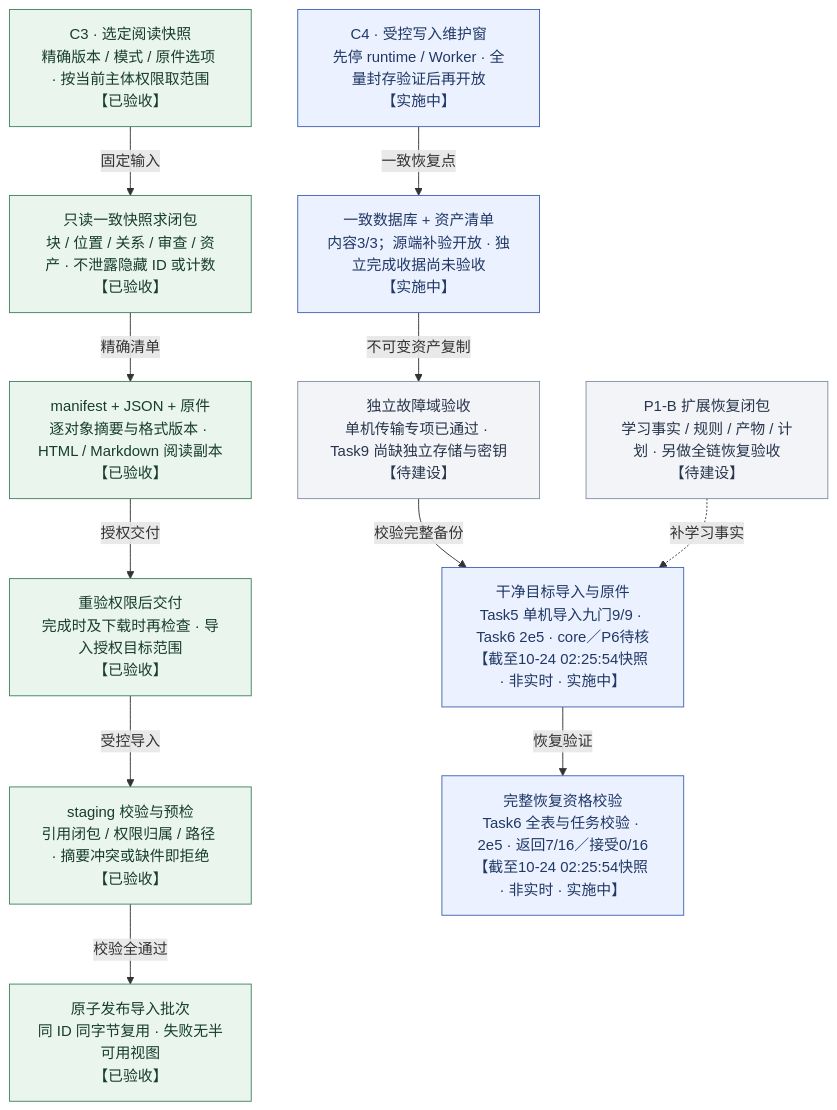
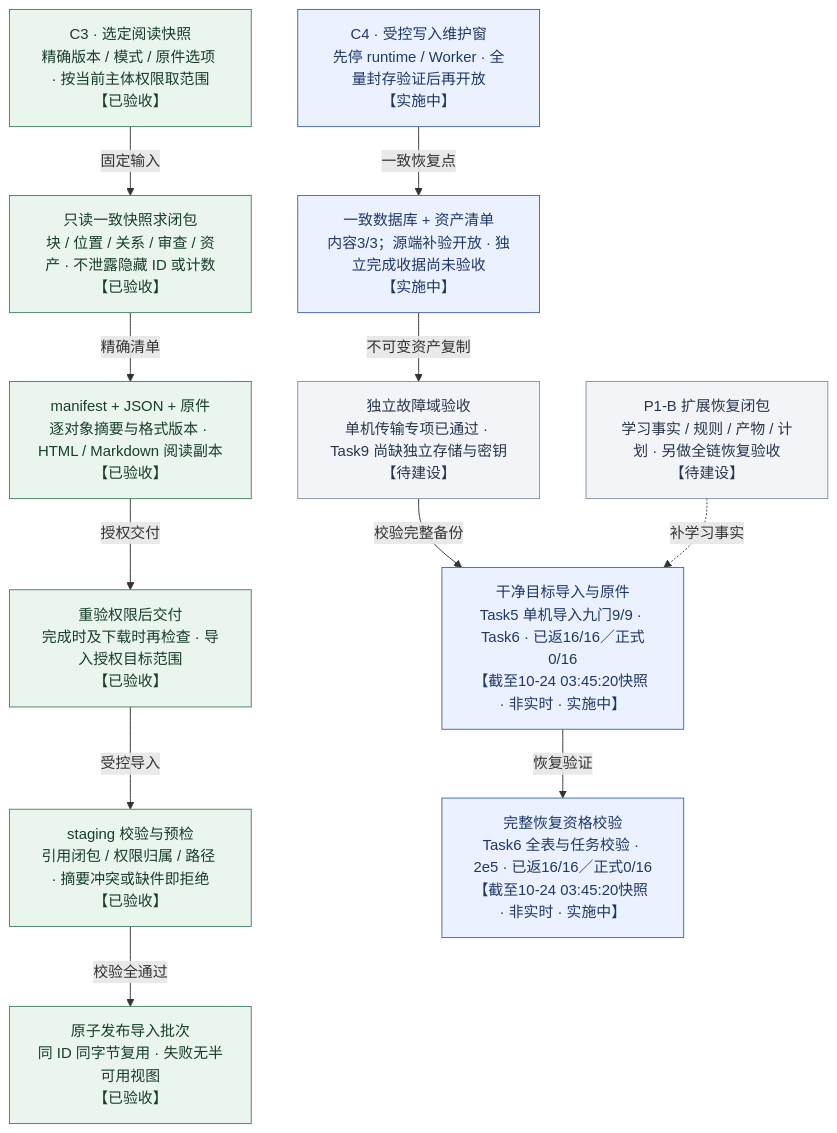
One commit to MansurnamedZhang/learning-system-p0c4 changed the diagram in docs/diagrams/knowweave-portability.mmd. Above: the diagram before and after it, drawn with Mermaid. The commit also changed 8 other files, not shown here.

```diff
--- a/docs/diagrams/knowweave-portability.mmd
+++ b/docs/diagrams/knowweave-portability.mmd
@@ -1,30 +1,30 @@
 flowchart TB
     view["C3 · 选定阅读快照<br/>精确版本 / 模式 / 原件选项 · 按当前主体权限取范围<br/>【已验收】"]
     closure["只读一致快照求闭包<br/>块 / 位置 / 关系 / 审查 / 资产 · 不泄露隐藏 ID 或计数<br/>【已验收】"]
     bundle["manifest + JSON + 原件<br/>逐对象摘要与格式版本 · HTML / Markdown 阅读副本<br/>【已验收】"]
     visible["原子发布导入批次<br/>同 ID 同字节复用 · 失败无半可用视图<br/>【已验收】"]
     preflight["staging 校验与预检<br/>引用闭包 / 权限归属 / 路径 · 摘要冲突或缺件即拒绝<br/>【已验收】"]
     delivery["重验权限后交付<br/>完成时及下载时再检查 · 导入授权目标范围<br/>【已验收】"]
     pause["C4 · 受控写入维护窗<br/>先停 runtime / Worker · 全量封存验证后再开放<br/>【实施中】"]
     backup["一致数据库 + 资产清单<br/>内容3/3；源端补验开放 · 独立完成收据尚未验收<br/>【实施中】"]
     copy["独立故障域验收<br/>单机传输专项已通过 · Task9 尚缺独立存储与密钥<br/>【待建设】"]
-    check["完整恢复资格校验<br/>Task6 全表与任务校验 · 2e5 · 返回7/16／接受0/16<br/>【截至10-24 02:25:54快照 · 非实时 · 实施中】"]
-    restore["干净目标导入与原件<br/>Task5 单机导入九门9/9 · Task6 2e5 · core／P6待核<br/>【截至10-24 02:25:54快照 · 非实时 · 实施中】"]
+    check["完整恢复资格校验<br/>Task6 全表与任务校验 · 2e5 · 已返16/16／正式0/16<br/>【截至10-24 03:45:20快照 · 非实时 · 实施中】"]
+    restore["干净目标导入与原件<br/>Task5 单机导入九门9/9 · Task6 · 已返16/16／正式0/16<br/>【截至10-24 03:45:20快照 · 非实时 · 实施中】"]
     future["P1-B 扩展恢复闭包<br/>学习事实 / 规则 / 产物 / 计划 · 另做全链恢复验收<br/>【待建设】"]
     view -- "固定输入" --> closure
     closure -- "精确清单" --> bundle
     bundle -- "授权交付" --> delivery
     delivery -- "受控导入" --> preflight
     preflight -- "校验全通过" --> visible
     pause -- "一致恢复点" --> backup
     backup -- "不可变资产复制" --> copy
     copy -- "校验完整备份" --> restore
     restore -- "恢复验证" --> check
     future -. "补学习事实" .-> restore
     class view,closure,bundle,visible,preflight,delivery done
     class pause,backup,check,restore next
     class copy,future planned
     classDef done fill:#eaf5ee,stroke:#438363,color:#173d2b
     classDef next fill:#ebf1ff,stroke:#4365b4,color:#203866
     classDef planned fill:#f2f4f8,stroke:#8591a3,color:#28354b
     classDef optional fill:#f3ecfb,stroke:#9271b0,color:#4a3362
```
